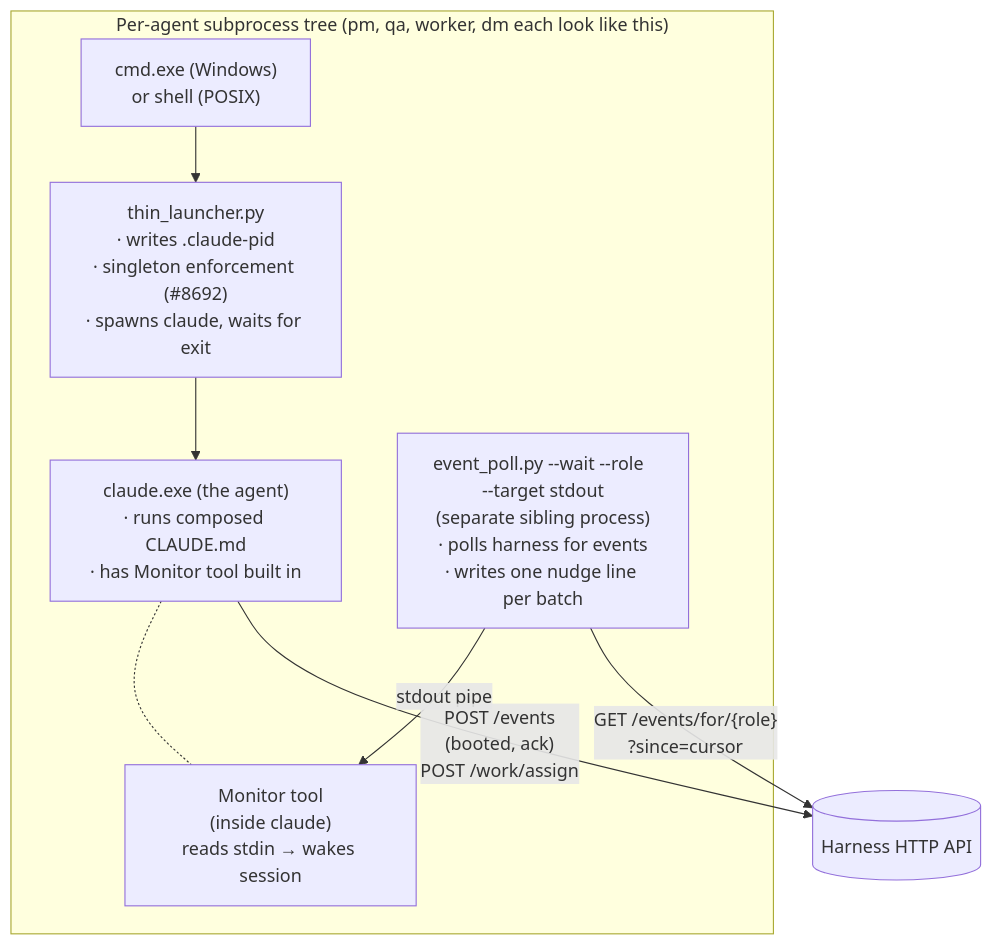
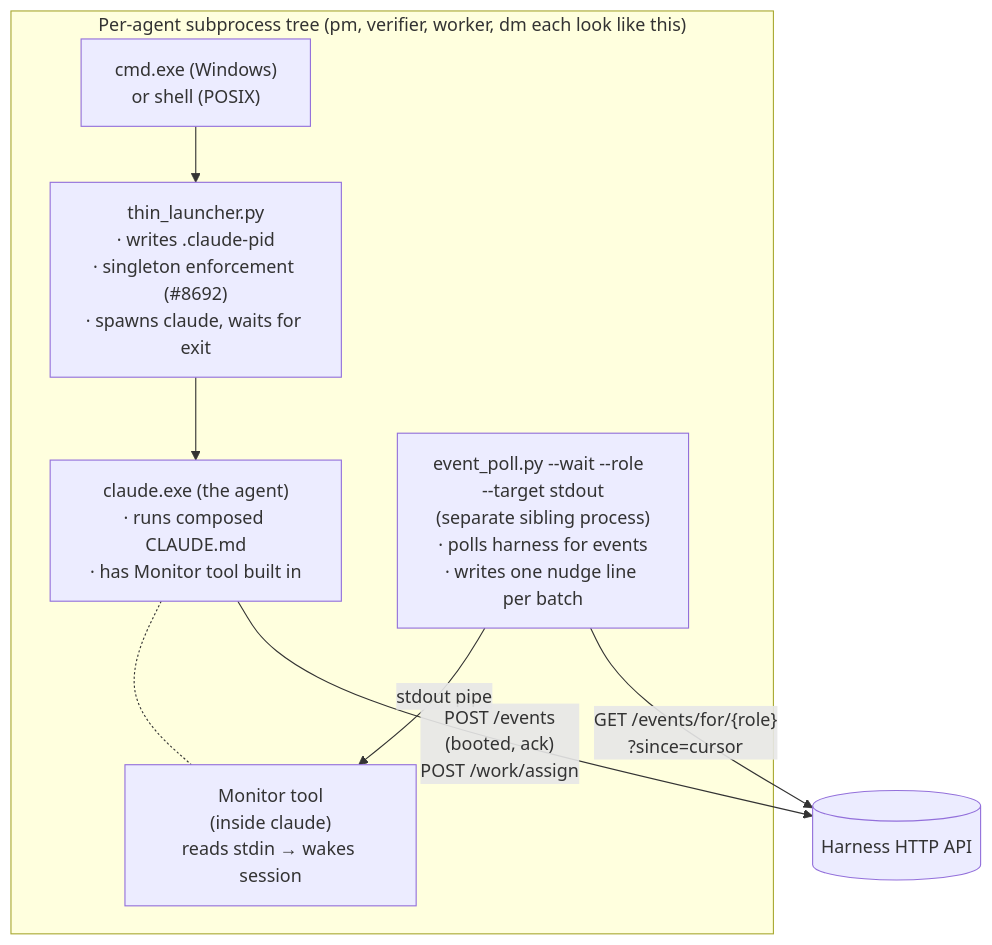
One commit to WallyDoodlez/SquidSquad changed the third of 16 diagrams in docs/AGENT-RUNTIME.md. Above: the diagram before and after it, drawn with Mermaid. The commit also changed other lines of this file and 2 other files, not shown here.

First line of the commit message:
docs: terminology — qa → verifier (L2 capability layer is canonical)

````diff
--- a/docs/AGENT-RUNTIME.md
+++ b/docs/AGENT-RUNTIME.md
@@ -149,19 +149,19 @@
 ```mermaid
 flowchart TB
-    subgraph agent_tree["Per-agent subprocess tree (pm, qa, worker, dm each look like this)"]
+    subgraph agent_tree["Per-agent subprocess tree (pm, verifier, worker, dm each look like this)"]
         Cmd["cmd.exe (Windows)<br/>or shell (POSIX)"]
         TL["thin_launcher.py<br/>· writes .claude-pid<br/>· singleton enforcement (#8692)<br/>· spawns claude, waits for exit"]
         Claude["claude.exe (the agent)<br/>· runs composed CLAUDE.md<br/>· has Monitor tool built in"]
         Monitor["Monitor tool<br/>(inside claude)<br/>reads stdin → wakes session"]
         Poll["event_poll.py --wait --role <role> --target stdout<br/>(separate sibling process)<br/>· polls harness for events<br/>· writes one nudge line per batch"]
 
         Cmd --> TL
         TL --> Claude
         Claude -.- Monitor
         Poll -- "stdout pipe" --> Monitor
     end
 
     HarnessAPI[("Harness HTTP API")]
     Poll -- "GET /events/for/{role}<br/>?since=cursor" --> HarnessAPI
     Claude -- "POST /events<br/>(booted, ack)<br/>POST /work/assign" --> HarnessAPI
 ```
````
